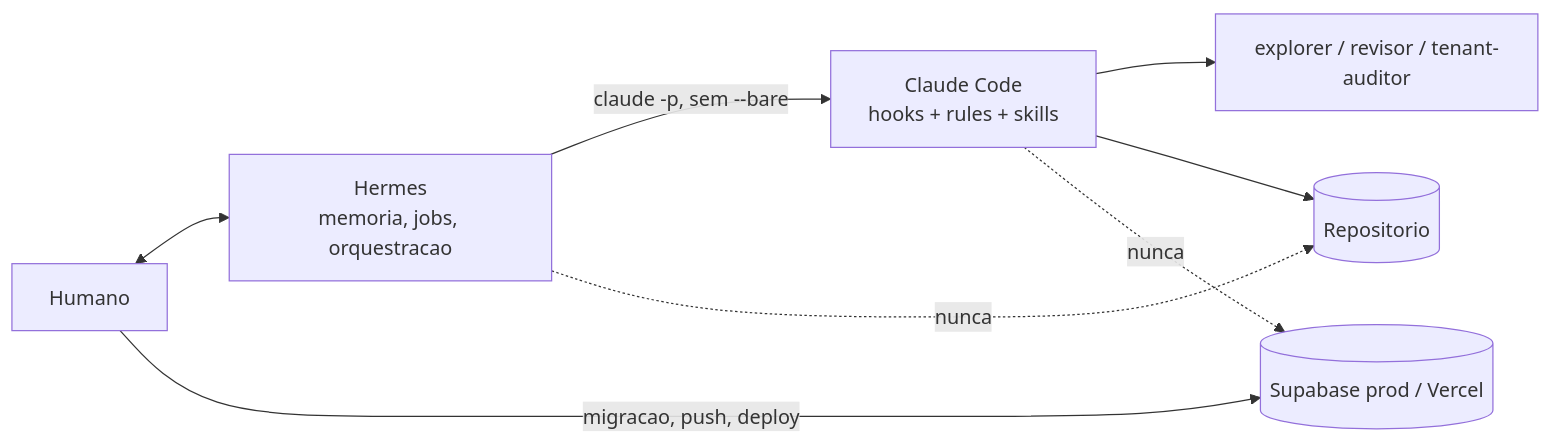
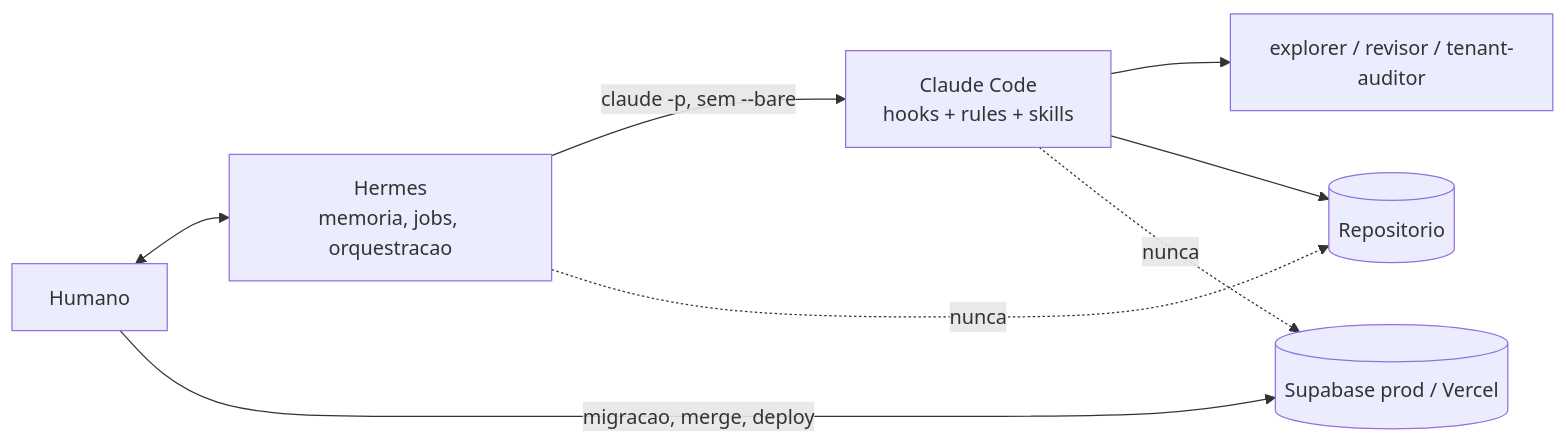
The third of 3 diagrams in docs/harness.md (xdoouglasxxxx/hotel-engine), drawn with Mermaid before and after one commit. The commit also changed other lines of this file and 2 other files, not shown here.

First line of the commit message:
docs: descreve a permissao de push de branch e PR no CLAUDE.md, harness e rules (M0-16)

````diff
--- a/docs/harness.md
+++ b/docs/harness.md
@@ -277,10 +279,10 @@
 ```mermaid
 flowchart LR
     HU[Humano] <--> HE[Hermes\nmemoria, jobs, orquestracao]
     HE -->|claude -p, sem --bare| CC[Claude Code\nhooks + rules + skills]
     CC --> AG[explorer / revisor / tenant-auditor]
     CC --> REPO[(Repositorio)]
     HE -.->|nunca| REPO
-    HU -->|migracao, push, deploy| PROD[(Supabase prod / Vercel)]
+    HU -->|migracao, merge, deploy| PROD[(Supabase prod / Vercel)]
     CC -.->|nunca| PROD
 ```
````
